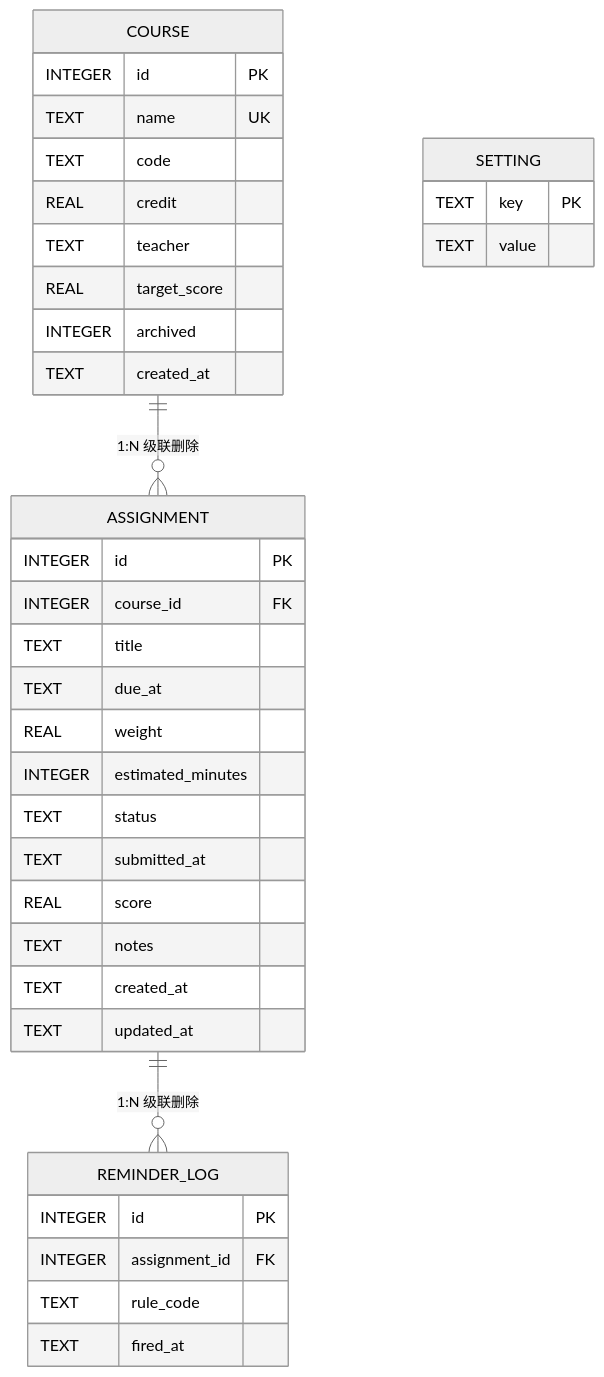
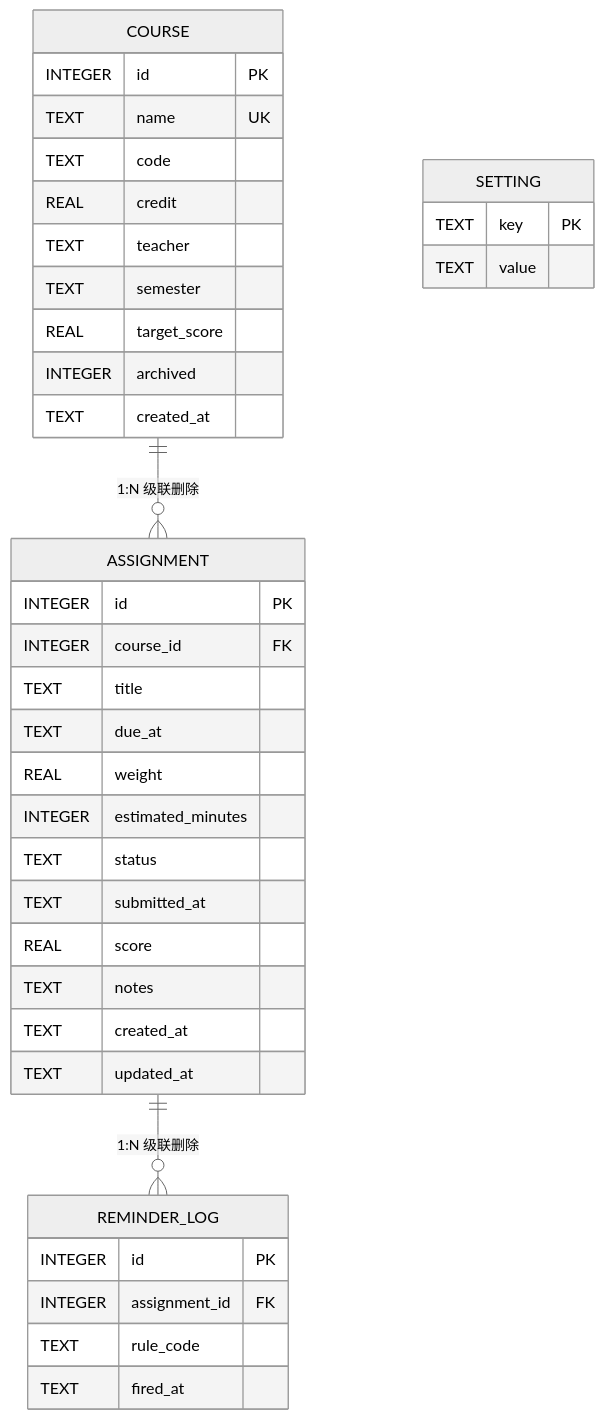
The second of 3 diagrams in docs/02-技术方案.md (suxiangyu138/coursework-tracker), drawn with Mermaid (neutral theme) before and after one commit. The commit also changed other lines of this file and 9 other files, not shown here.

````diff
--- a/docs/02-技术方案.md
+++ b/docs/02-技术方案.md
@@ -195,39 +201,40 @@
 ```mermaid
 erDiagram
     COURSE ||--o{ ASSIGNMENT : "1:N 级联删除"
     ASSIGNMENT ||--o{ REMINDER_LOG : "1:N 级联删除"
     COURSE {
         INTEGER id PK
         TEXT name UK
         TEXT code
         REAL credit
         TEXT teacher
+        TEXT semester
         REAL target_score
         INTEGER archived
         TEXT created_at
     }
     ASSIGNMENT {
         INTEGER id PK
         INTEGER course_id FK
         TEXT title
         TEXT due_at
         REAL weight
         INTEGER estimated_minutes
         TEXT status
         TEXT submitted_at
         REAL score
         TEXT notes
         TEXT created_at
         TEXT updated_at
     }
     REMINDER_LOG {
         INTEGER id PK
         INTEGER assignment_id FK
         TEXT rule_code
         TEXT fired_at
     }
     SETTING {
         TEXT key PK
         TEXT value
     }
 ```
````
